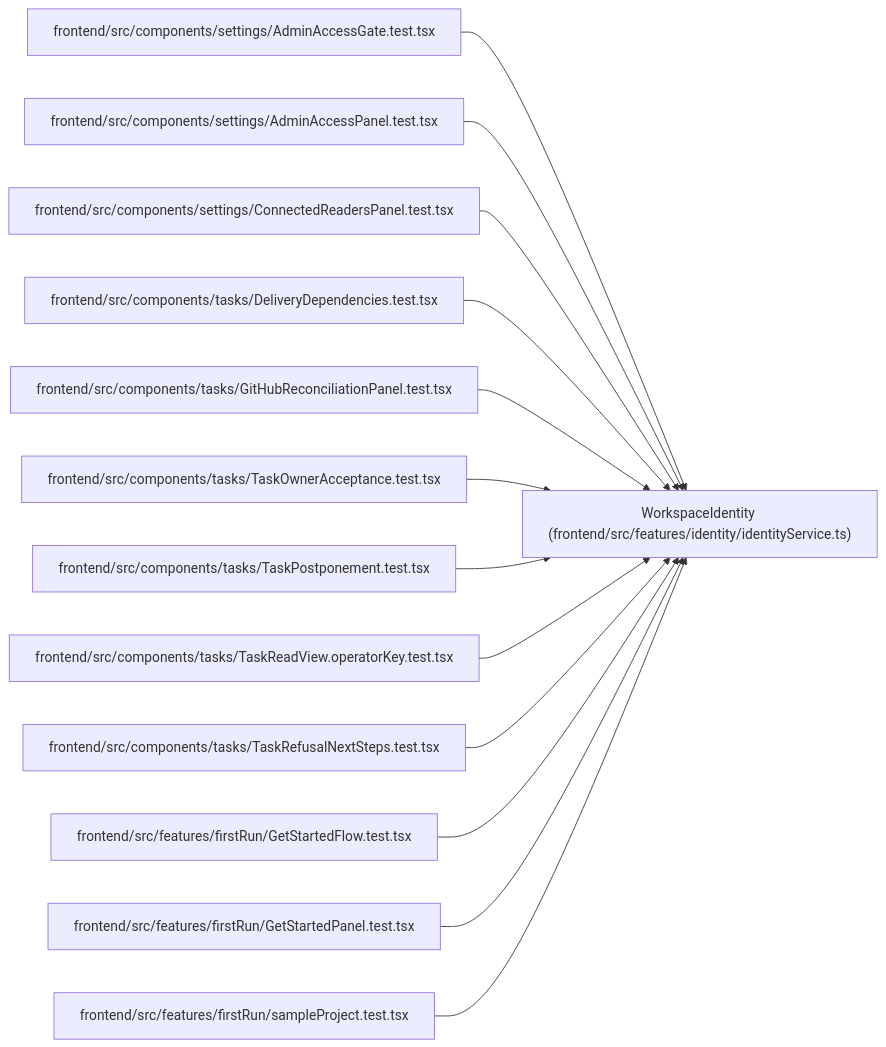
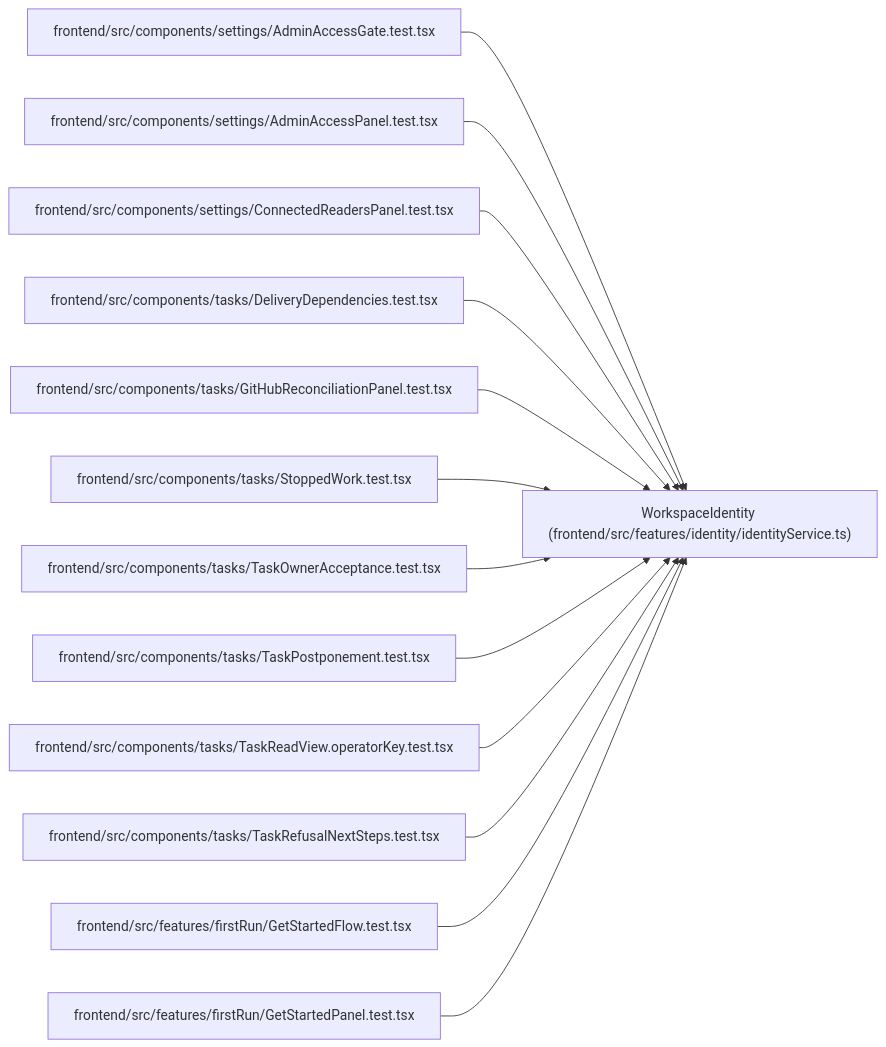
The diagram in docs/llm_wiki/entities/WorkspaceIdentity.md (Denissvgn/WorkChord), drawn with Mermaid before and after one commit. The commit also changed other lines of this file and 674 other files, not shown here.

Commit message:
Sync the architectural wiki for showing stopped work

````diff
--- a/docs/llm_wiki/entities/WorkspaceIdentity.md
+++ b/docs/llm_wiki/entities/WorkspaceIdentity.md
@@ -36,41 +36,41 @@
 ```mermaid
 flowchart LR
     n0["WorkspaceIdentity (frontend/src/features/identity/identityService.ts)"]
     n1["frontend/src/components/settings/AdminAccessGate.test.tsx"]
     n2["frontend/src/components/settings/AdminAccessPanel.test.tsx"]
     n3["frontend/src/components/settings/ConnectedReadersPanel.test.tsx"]
     n4["frontend/src/components/tasks/DeliveryDependencies.test.tsx"]
     n5["frontend/src/components/tasks/GitHubReconciliationPanel.test.tsx"]
-    n6["frontend/src/components/tasks/TaskOwnerAcceptance.test.tsx"]
-    n7["frontend/src/components/tasks/TaskPostponement.test.tsx"]
-    n8["frontend/src/components/tasks/TaskReadView.operatorKey.test.tsx"]
-    n9["frontend/src/components/tasks/TaskRefusalNextSteps.test.tsx"]
-    n10["frontend/src/features/firstRun/GetStartedFlow.test.tsx"]
-    n11["frontend/src/features/firstRun/GetStartedPanel.test.tsx"]
-    n12["frontend/src/features/firstRun/sampleProject.test.tsx"]
+    n6["frontend/src/components/tasks/StoppedWork.test.tsx"]
+    n7["frontend/src/components/tasks/TaskOwnerAcceptance.test.tsx"]
+    n8["frontend/src/components/tasks/TaskPostponement.test.tsx"]
+    n9["frontend/src/components/tasks/TaskReadView.operatorKey.test.tsx"]
+    n10["frontend/src/components/tasks/TaskRefusalNextSteps.test.tsx"]
+    n11["frontend/src/features/firstRun/GetStartedFlow.test.tsx"]
+    n12["frontend/src/features/firstRun/GetStartedPanel.test.tsx"]
     n1 --> n0
     n2 --> n0
     n3 --> n0
     n4 --> n0
     n5 --> n0
     n6 --> n0
     n7 --> n0
     n8 --> n0
     n9 --> n0
     n10 --> n0
     n11 --> n0
     n12 --> n0
     click n0 "../modules/identityService.md"
     click n1 "../modules/AdminAccessGate.test.md"
     click n2 "../modules/AdminAccessPanel.test.md"
     click n3 "../modules/ConnectedReadersPanel.test.md"
     click n4 "../modules/DeliveryDependencies.test.md"
     click n5 "../modules/GitHubReconciliationPanel.test.md"
-    click n6 "../modules/TaskOwnerAcceptance.test.md"
-    click n7 "../modules/TaskPostponement.test.md"
-    click n8 "../modules/TaskReadView.operatorKey.test.md"
-    click n9 "../modules/TaskRefusalNextSteps.test.md"
-    click n10 "../modules/GetStartedFlow.test.md"
-    click n11 "../modules/GetStartedPanel.test.md"
-    click n12 "../modules/sampleProject.test.md"
+    click n6 "../modules/StoppedWork.test.md"
+    click n7 "../modules/TaskOwnerAcceptance.test.md"
+    click n8 "../modules/TaskPostponement.test.md"
+    click n9 "../modules/TaskReadView.operatorKey.test.md"
+    click n10 "../modules/TaskRefusalNextSteps.test.md"
+    click n11 "../modules/GetStartedFlow.test.md"
+    click n12 "../modules/GetStartedPanel.test.md"
 ```
````
